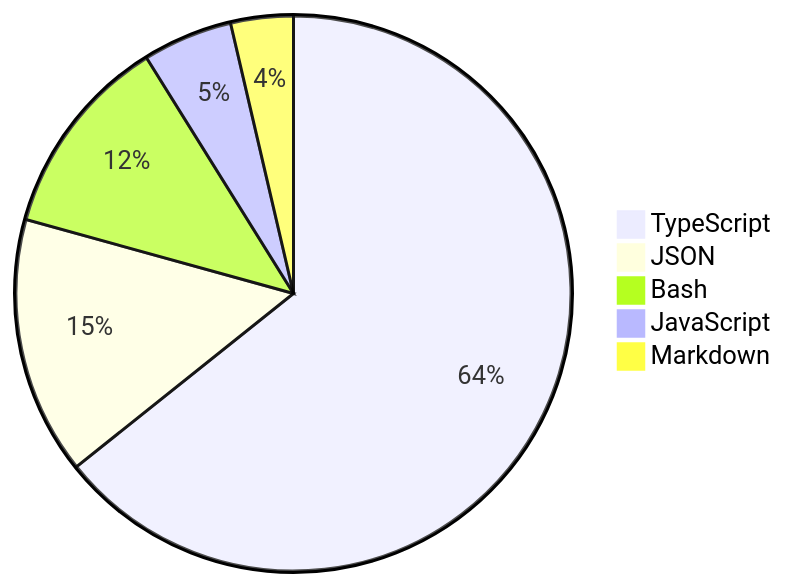
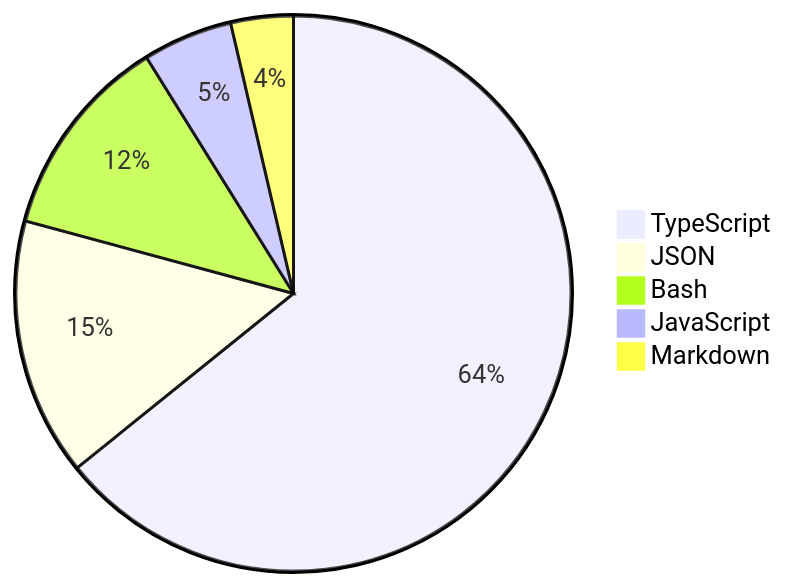
One commit to skvggor/skvggor changed the diagram in README.md. Above: the diagram before and after it, drawn with Mermaid.

Commit message:
Updated waka-readme graph with new metrics

````diff
--- a/README.md
+++ b/README.md
@@ -16,8 +16,8 @@
 ```mermaid
 pie
     "TypeScript" : 56.5
     "JSON" : 13.2
-    "Bash" : 10.4
+    "Bash" : 10.5
     "JavaScript" : 4.6
     "Markdown" : 3.2
 ```
````
